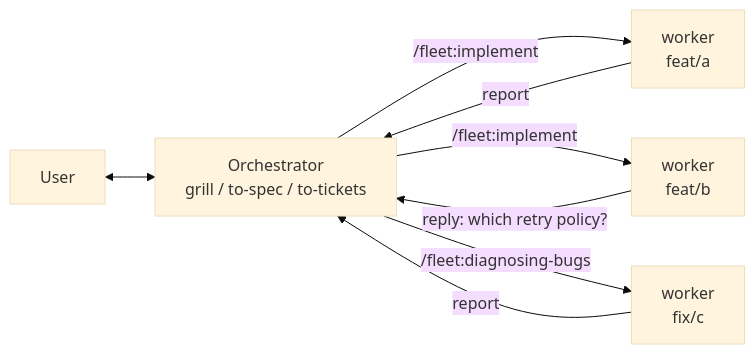
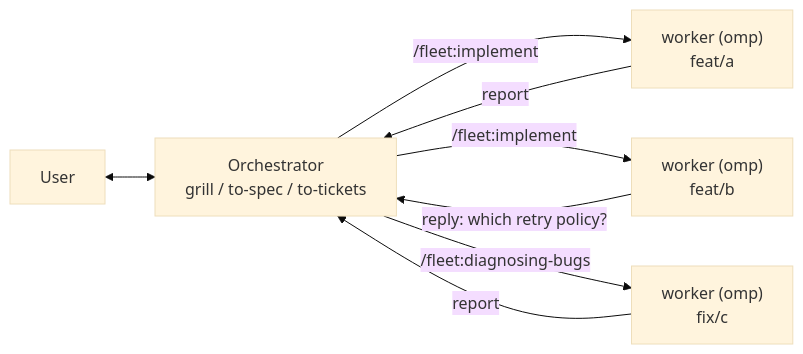
One commit to andyhite/foreman changed the diagram in README.md. Above: the diagram before and after it, drawn with Mermaid (base theme). The commit also changed other lines of this file and 25 other files, not shown here.

First line of the commit message:
Cut fleet over to omp-only 0.5.0 with fleet_* extension tools

````diff
--- a/README.md
+++ b/README.md
@@ -50,10 +49,10 @@
 ```mermaid
 graph LR
   U[User] <--> B["Orchestrator<br/>grill / to-spec / to-tickets"]
-  B -->|"/fleet:implement"| W1["worker<br/>feat/a"]
-  B -->|"/fleet:implement"| W2["worker<br/>feat/b"]
-  B -->|"/fleet:diagnosing-bugs"| W3["worker<br/>fix/c"]
+  B -->|"/fleet:implement"| W1["worker (omp)<br/>feat/a"]
+  B -->|"/fleet:implement"| W2["worker (omp)<br/>feat/b"]
+  B -->|"/fleet:diagnosing-bugs"| W3["worker (omp)<br/>fix/c"]
   W1 -->|report| B
   W2 -->|"reply: which retry policy?"| B
   W3 -->|report| B
 ```
````
